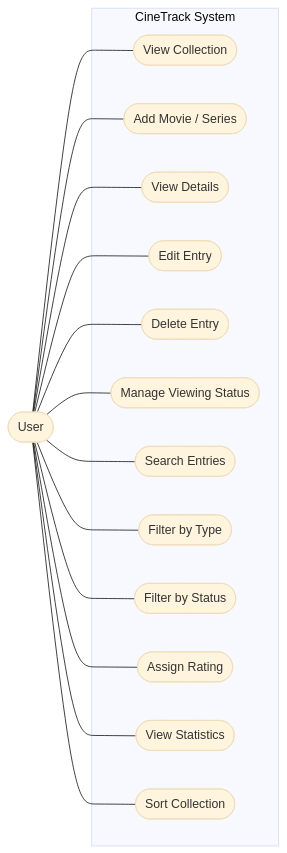
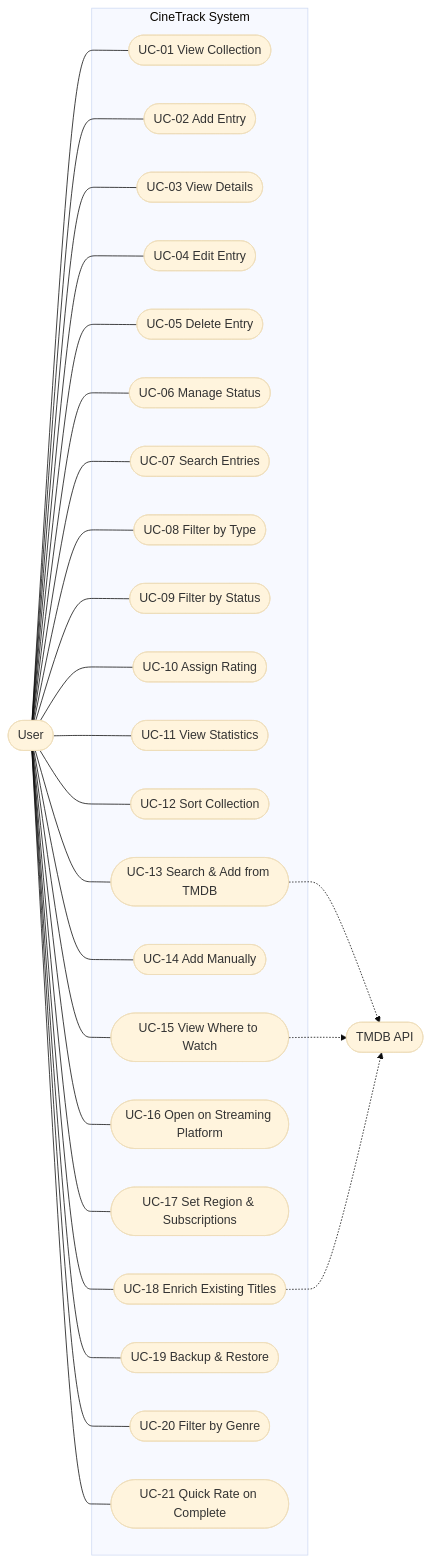
One commit to Aldo-Kristian/CineTrack changed the diagram in docs/03-use-case.md. Above: the diagram before and after it, drawn with Mermaid (base theme). The commit also changed other lines of this file and 17 other files, not shown here.

Commit message:
docs: revise all documents for v2 (tmdb, poster, streaming, genre cards)

````diff
--- a/docs/03-use-case.md
+++ b/docs/03-use-case.md
@@ -11,32 +27,55 @@
 ```mermaid
 flowchart LR
     User([User])
+    TMDB([TMDB API])
 
     subgraph CineTrack["CineTrack System"]
-        UC1([View Collection])
-        UC2([Add Movie / Series])
-        UC3([View Details])
-        UC4([Edit Entry])
-        UC5([Delete Entry])
-        UC6([Manage Viewing Status])
-        UC7([Search Entries])
-        UC8([Filter by Type])
-        UC9([Filter by Status])
-        UC10([Assign Rating])
-        UC11([View Statistics])
-        UC12([Sort Collection])
+        UC01([UC-01 View Collection])
+        UC02([UC-02 Add Entry])
+        UC03([UC-03 View Details])
+        UC04([UC-04 Edit Entry])
+        UC05([UC-05 Delete Entry])
+        UC06([UC-06 Manage Status])
+        UC07([UC-07 Search Entries])
+        UC08([UC-08 Filter by Type])
+        UC09([UC-09 Filter by Status])
+        UC10([UC-10 Assign Rating])
+        UC11([UC-11 View Statistics])
+        UC12([UC-12 Sort Collection])
+        UC13([UC-13 Search & Add from TMDB])
+        UC14([UC-14 Add Manually])
+        UC15([UC-15 View Where to Watch])
+        UC16([UC-16 Open on Streaming Platform])
+        UC17([UC-17 Set Region & Subscriptions])
+        UC18([UC-18 Enrich Existing Titles])
+        UC19([UC-19 Backup & Restore])
+        UC20([UC-20 Filter by Genre])
+        UC21([UC-21 Quick Rate on Complete])
     end
 
-    User --- UC1
-    User --- UC2
-    User --- UC3
-    User --- UC4
-    User --- UC5
-    User --- UC6
-    User --- UC7
-    User --- UC8
-    User --- UC9
+    User --- UC01
+    User --- UC02
+    User --- UC03
+    User --- UC04
+    User --- UC05
+    User --- UC06
+    User --- UC07
+    User --- UC08
+    User --- UC09
     User --- UC10
     User --- UC11
     User --- UC12
+    User --- UC13
+    User --- UC14
+    User --- UC15
+    User --- UC16
+    User --- UC17
+    User --- UC18
+    User --- UC19
+    User --- UC20
+    User --- UC21
+
+    UC13 -.-> TMDB
+    UC15 -.-> TMDB
+    UC18 -.-> TMDB
 ```
````
